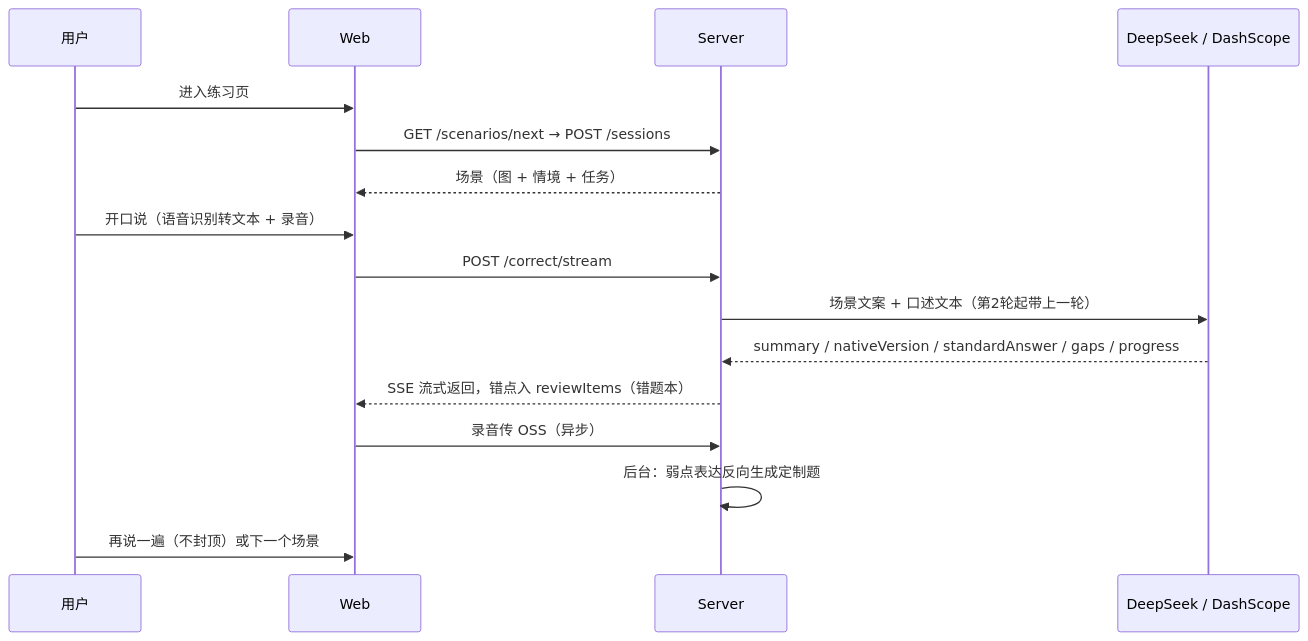
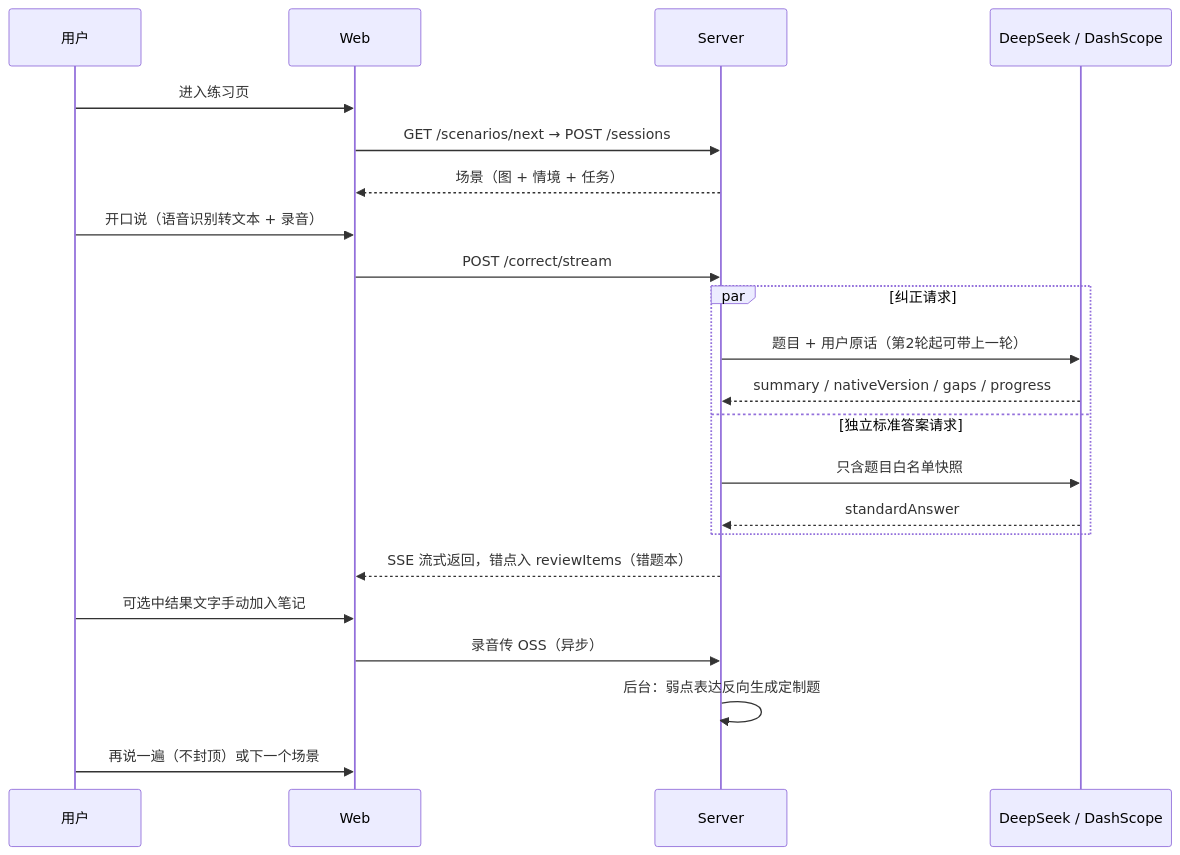
The second of 2 diagrams in docs/README.md (makewheels/speakup), drawn with Mermaid before and after one commit. The commit also changed 43 other files, not shown here.

````diff
--- a/docs/README.md
+++ b/docs/README.md
@@ -97,18 +97,24 @@
 ```mermaid
 sequenceDiagram
     participant U as 用户
     participant W as Web
     participant S as Server
     participant Q as DeepSeek / DashScope
     U->>W: 进入练习页
     W->>S: GET /scenarios/next → POST /sessions
     S-->>W: 场景（图 + 情境 + 任务）
     U->>W: 开口说（语音识别转文本 + 录音）
     W->>S: POST /correct/stream
-    S->>Q: 场景文案 + 口述文本（第2轮起带上一轮）
-    Q-->>S: summary / nativeVersion / standardAnswer / gaps / progress
+    par 纠正请求
+        S->>Q: 题目 + 用户原话（第2轮起可带上一轮）
+        Q-->>S: summary / nativeVersion / gaps / progress
+    and 独立标准答案请求
+        S->>Q: 只含题目白名单快照
+        Q-->>S: standardAnswer
+    end
     S-->>W: SSE 流式返回，错点入 reviewItems（错题本）
+    U->>W: 可选中结果文字手动加入笔记
     W->>S: 录音传 OSS（异步）
     S->>S: 后台：弱点表达反向生成定制题
     U->>W: 再说一遍（不封顶）或下一个场景
 ```
````
